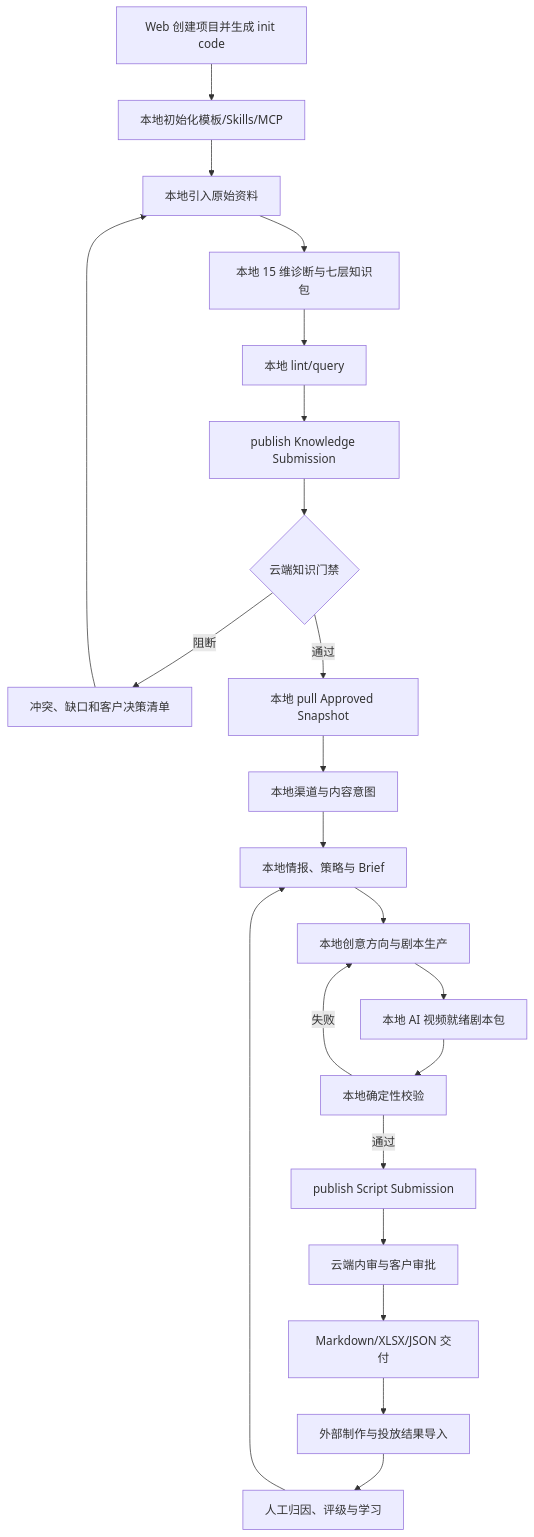
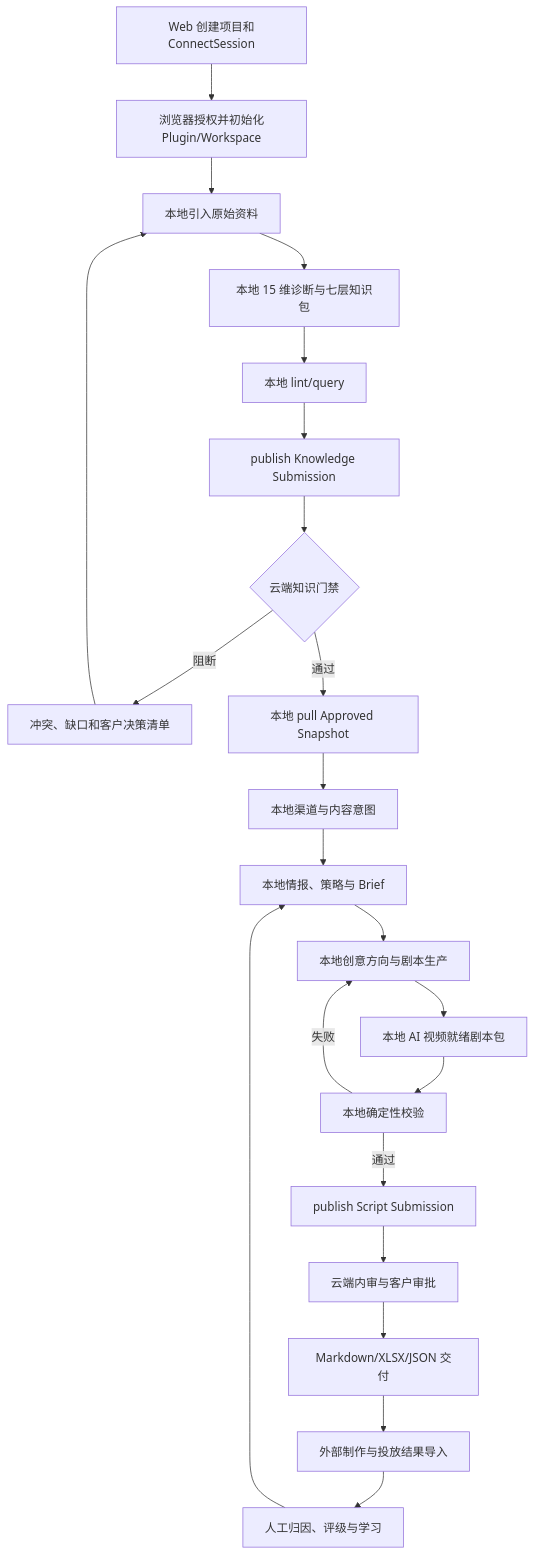
The second of 2 diagrams in docs/roadmap/v2/README.md (limecloud/contentcloud), drawn with Mermaid before and after one commit. The commit also changed other lines of this file and 81 other files, not shown here.

````diff
--- a/docs/roadmap/v2/README.md
+++ b/docs/roadmap/v2/README.md
@@ -47,24 +47,24 @@
 ```mermaid
 flowchart TB
-    A[Web 创建项目并生成 init code] --> B[本地初始化模板/Skills/MCP]
+    A[Web 创建项目和ConnectSession] --> B[浏览器授权并初始化Plugin/Workspace]
     B --> C[本地引入原始资料]
     C --> C1[本地 15 维诊断与七层知识包]
     C1 --> C2[本地 lint/query]
     C2 --> P[publish Knowledge Submission]
     P --> D{云端知识门禁}
     D -- 阻断 --> E[冲突、缺口和客户决策清单]
     E --> C
     D -- 通过 --> E1[本地 pull Approved Snapshot]
     E1 --> F[本地渠道与内容意图]
     F --> G[本地情报、策略与 Brief]
     G --> I[本地创意方向与剧本生产]
     I --> J[本地 AI 视频就绪剧本包]
     J --> K[本地确定性校验]
     K -- 失败 --> I
     K -- 通过 --> P2[publish Script Submission]
     P2 --> L[云端内审与客户审批]
     L --> M[Markdown/XLSX/JSON 交付]
     M --> N[外部制作与投放结果导入]
     N --> O[人工归因、评级与学习]
     O --> G
 ```
````
